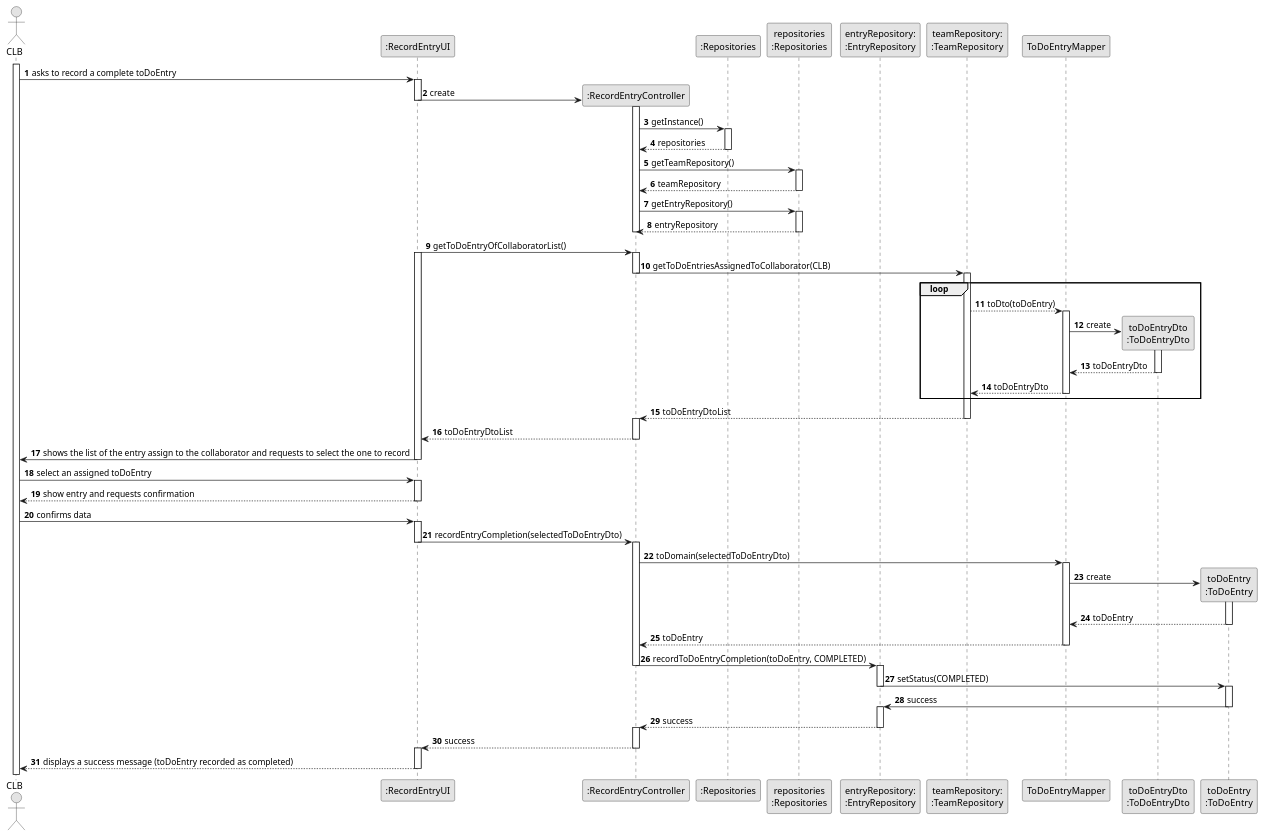
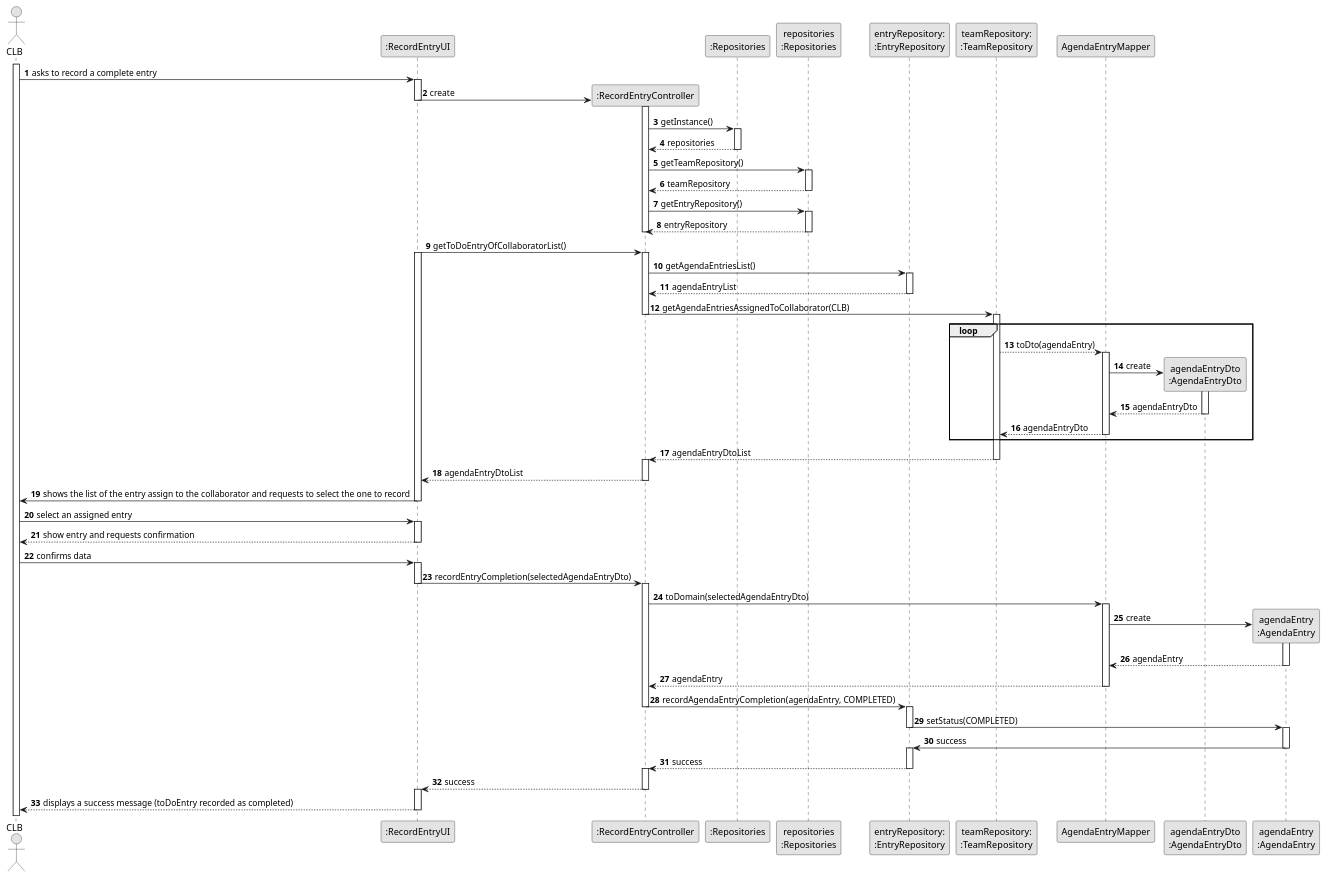
The diagram in docs/sprintC/us029/03.design/puml/us029-sequence-diagram-full.puml (ricardomm7/leaflink), drawn with PlantUML before and after one commit. The commit also changed 9 other files, not shown here.

Commit message:
Start US29 code and correct US029 sequence diagram (ToDoEntry -> AgendaEntry)

```diff
--- a/docs/sprintC/us029/03.design/puml/us029-sequence-diagram-full.puml
+++ b/docs/sprintC/us029/03.design/puml/us029-sequence-diagram-full.puml
@@ -1,129 +1,135 @@
 @startuml
 skinparam monochrome true
 skinparam packageStyle rectangle
 skinparam shadowing false
 
 autonumber
 
 actor "CLB" as CLB
 participant ":RecordEntryUI" as UI
 participant ":RecordEntryController" as CTRL
 participant ":Repositories" as RepositorySingleton
 participant "repositories\n:Repositories" as PLAT
 participant "entryRepository:\n:EntryRepository" as EntryRepo
 participant "teamRepository:\n:TeamRepository" as TeamRepo
-participant "ToDoEntryMapper" as EntryMapper
-participant "toDoEntryDto\n:ToDoEntryDto" as EntryDto
-participant "toDoEntry\n:ToDoEntry" as ToDoEntry
+participant "AgendaEntryMapper" as EntryMapper
+participant "agendaEntryDto\n:AgendaEntryDto" as EntryDto
+participant "agendaEntry\n:AgendaEntry" as AgendaEntry
 
 
 activate CLB
 
-    CLB -> UI : asks to record a complete toDoEntry
+    CLB -> UI : asks to record a complete entry
     activate UI
 
         UI -> CTRL** : create
         deactivate UI
         activate CTRL
 
             CTRL -> RepositorySingleton: getInstance()
             activate RepositorySingleton
 
                 RepositorySingleton --> CTRL: repositories
             deactivate RepositorySingleton
 
             CTRL -> PLAT : getTeamRepository()
             activate PLAT
 
                 PLAT --> CTRL: teamRepository
             deactivate PLAT
 
             CTRL -> PLAT : getEntryRepository()
             activate PLAT
 
                 PLAT --> CTRL: entryRepository
             deactivate PLAT
 
 
         deactivate CTRL
 
         UI -> CTRL: getToDoEntryOfCollaboratorList()
         activate UI
         activate CTRL
 
-            CTRL -> TeamRepo: getToDoEntriesAssignedToCollaborator(CLB)
+            CTRL -> EntryRepo: getAgendaEntriesList()
+            activate EntryRepo
+
+            EntryRepo --> CTRL: agendaEntryList
+            deactivate EntryRepo
+
+            CTRL -> TeamRepo: getAgendaEntriesAssignedToCollaborator(CLB)
             deactivate CTRL
             activate TeamRepo
 
             loop
-                TeamRepo --> EntryMapper: toDto(toDoEntry)
+                TeamRepo --> EntryMapper: toDto(agendaEntry)
                 activate EntryMapper
 
                     EntryMapper -> EntryDto** : create
                     activate EntryDto
 
-                    EntryDto --> EntryMapper : toDoEntryDto
+                    EntryDto --> EntryMapper : agendaEntryDto
                     deactivate EntryDto
 
-                EntryMapper --> TeamRepo: toDoEntryDto
+                EntryMapper --> TeamRepo: agendaEntryDto
                 deactivate EntryMapper
             end
-                TeamRepo --> CTRL: toDoEntryDtoList
+                TeamRepo --> CTRL: agendaEntryDtoList
             deactivate TeamRepo
         activate CTRL
 
-        CTRL --> UI : toDoEntryDtoList
+        CTRL --> UI : agendaEntryDtoList
         deactivate CTRL
 
         UI -> CLB : shows the list of the entry assign to the collaborator and requests to select the one to record
     deactivate UI
 
-    CLB -> UI : select an assigned toDoEntry
+    CLB -> UI : select an assigned entry
     activate UI
 
         UI --> CLB : show entry and requests confirmation
     deactivate UI
 
     CLB -> UI : confirms data
     activate UI
 
-        UI -> CTRL : recordEntryCompletion(selectedToDoEntryDto)
+        UI -> CTRL : recordEntryCompletion(selectedAgendaEntryDto)
         deactivate UI
         activate CTRL
 
-            CTRL -> EntryMapper : toDomain(selectedToDoEntryDto)
+            CTRL -> EntryMapper : toDomain(selectedAgendaEntryDto)
             activate EntryMapper
 
-                EntryMapper -> ToDoEntry** : create
-                activate ToDoEntry
+                EntryMapper -> AgendaEntry** : create
+                activate AgendaEntry
 
-                ToDoEntry --> EntryMapper : toDoEntry
-                deactivate ToDoEntry
+                AgendaEntry --> EntryMapper : agendaEntry
+                deactivate AgendaEntry
 
-                EntryMapper --> CTRL : toDoEntry
+                EntryMapper --> CTRL : agendaEntry
             deactivate EntryMapper
 
-            CTRL -> EntryRepo : recordToDoEntryCompletion(toDoEntry, COMPLETED)
+            CTRL -> EntryRepo : recordAgendaEntryCompletion(agendaEntry, COMPLETED)
             deactivate CTRL
             activate EntryRepo
 
-                EntryRepo -> ToDoEntry : setStatus(COMPLETED)
+                EntryRepo -> AgendaEntry : setStatus(COMPLETED)
                 deactivate EntryRepo
-                activate ToDoEntry
+                activate AgendaEntry
 
-                ToDoEntry -> EntryRepo : success
-                deactivate ToDoEntry
+                AgendaEntry -> EntryRepo : success
+                deactivate AgendaEntry
                 activate EntryRepo
 
             EntryRepo --> CTRL : success
             deactivate EntryRepo
             activate CTRL
 
             CTRL --> UI : success
         deactivate CTRL
         activate UI
 
         UI --> CLB : displays a success message (toDoEntry recorded as completed)
     deactivate UI
 
 @enduml
```
